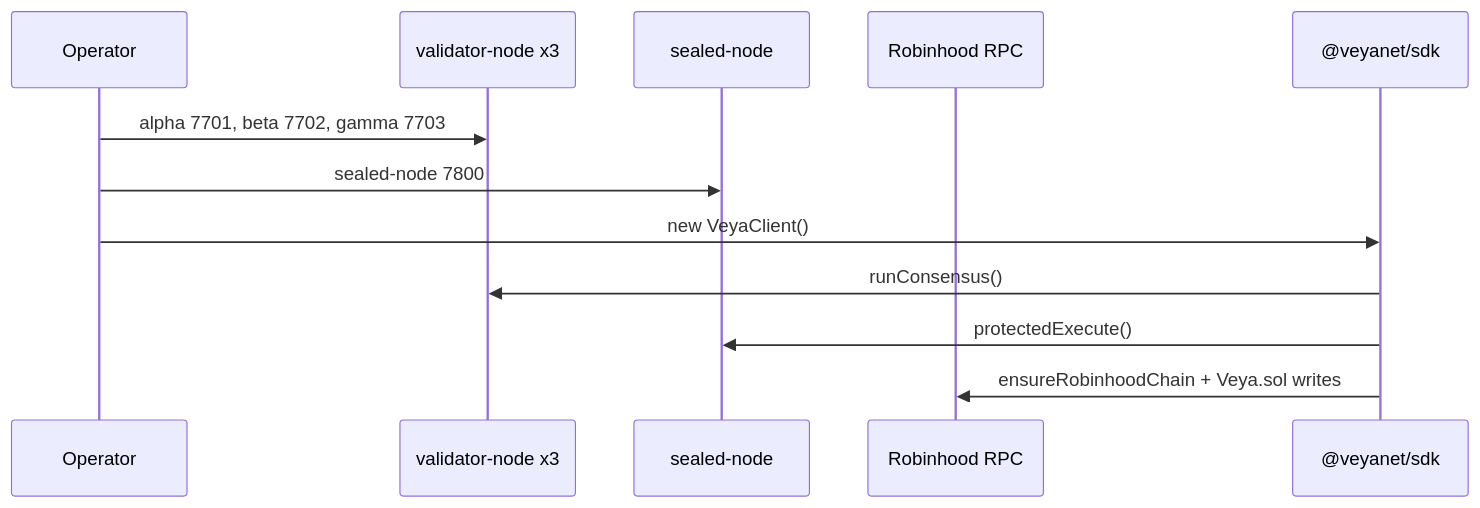
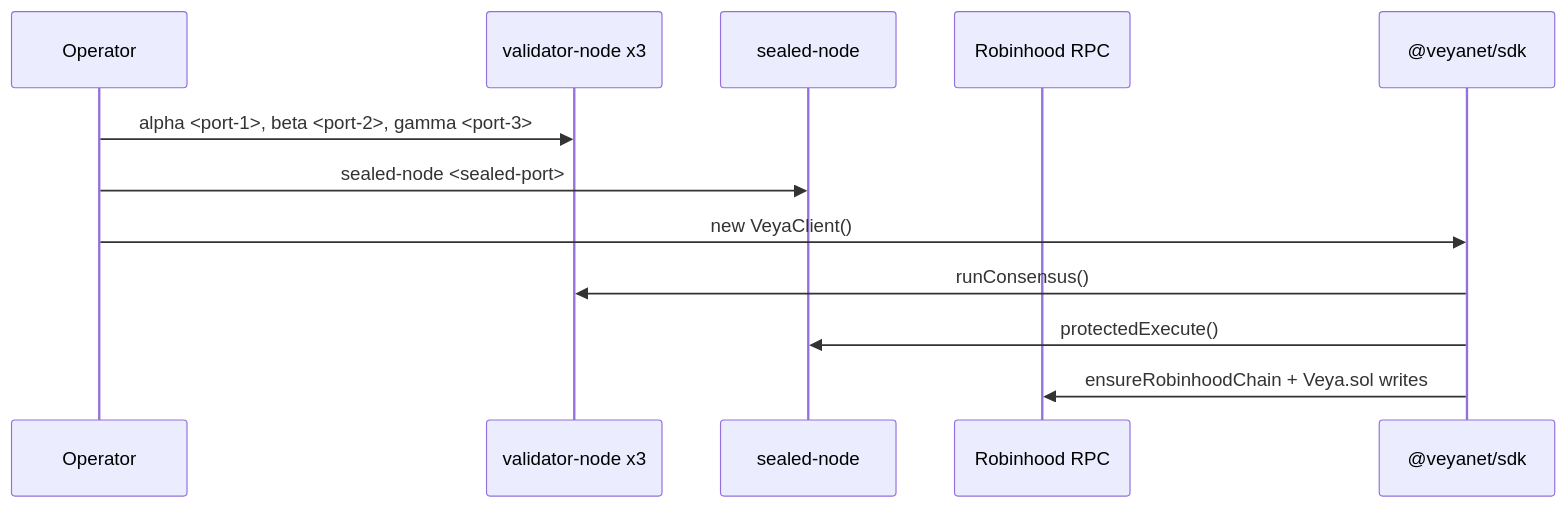
One commit to veyanet/veya-sdk changed the second of 2 diagrams in docs/sdk/configuration.md. Above: the diagram before and after it, drawn with Mermaid. The commit also changed other lines of this file, not shown here.

````diff
--- a/docs/sdk/configuration.md
+++ b/docs/sdk/configuration.md
@@ -469,15 +454,15 @@
 ```mermaid
 sequenceDiagram
     participant Op as Operator
     participant Val as validator-node x3
     participant Seal as sealed-node
     participant RPC as Robinhood RPC
     participant SDK as @veyanet/sdk
 
-    Op->>Val: alpha 7701, beta 7702, gamma 7703
-    Op->>Seal: sealed-node 7800
+    Op->>Val: alpha <port-1>, beta <port-2>, gamma <port-3>
+    Op->>Seal: sealed-node <sealed-port>
     Op->>SDK: new VeyaClient()
     SDK->>Val: runConsensus()
     SDK->>Seal: protectedExecute()
     SDK->>RPC: ensureRobinhoodChain + Veya.sol writes
 ```
````
